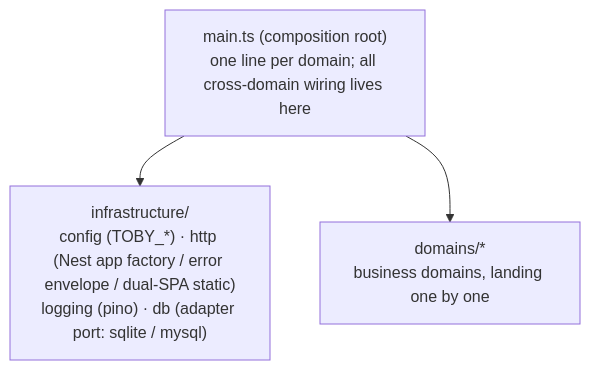
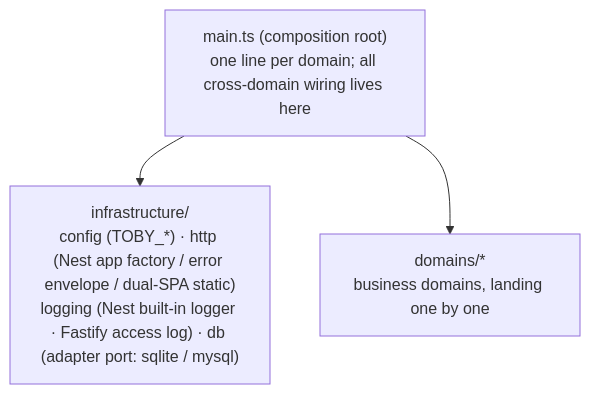
Before and after one commit to dengyusys/toby: the third of 3 diagrams in docs/system-overview.md, drawn with Mermaid. The commit also changed other lines of this file and 68 other files, not shown here.

Commit message:
refactor(server): migrate to idiomatic NestJS modules, DI, and built-in logger

````diff
--- a/docs/system-overview.md
+++ b/docs/system-overview.md
@@ -114,8 +114,8 @@
 ```mermaid
 flowchart TB
     BOOT["main.ts (composition root)<br/>one line per domain; all cross-domain wiring lives here"]
-    INFRA["infrastructure/<br/>config (TOBY_*) · http (Nest app factory / error envelope / dual-SPA static)<br/>logging (pino) · db (adapter port: sqlite / mysql)"]
+    INFRA["infrastructure/<br/>config (TOBY_*) · http (Nest app factory / error envelope / dual-SPA static)<br/>logging (Nest built-in logger · Fastify access log) · db (adapter port: sqlite / mysql)"]
     DOM["domains/*<br/>business domains, landing one by one"]
     BOOT --> INFRA
     BOOT --> DOM
 ```
````
